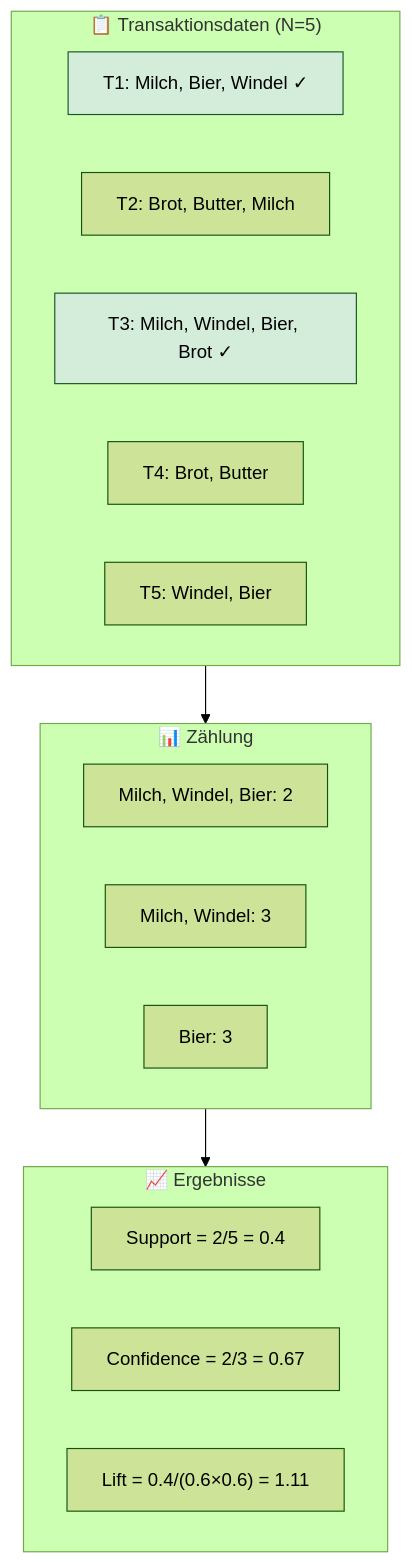
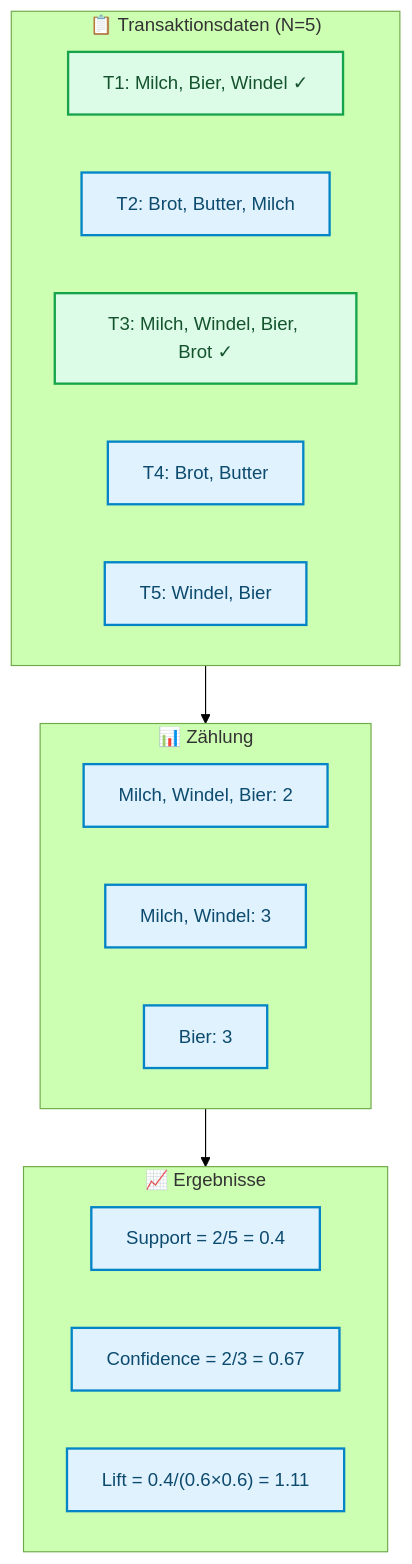
Before and after one commit to ralf-42/ML_Intro: the fourth of 5 diagrams in docs/concepts/modeling/apriori.md, drawn with Mermaid (forest theme). The commit also changed other lines of this file and 67 other files, not shown here.

````diff
--- a/docs/concepts/modeling/apriori.md
+++ b/docs/concepts/modeling/apriori.md
@@ -178,28 +184,29 @@
 ```mermaid
 flowchart TB
     subgraph Daten["📋 Transaktionsdaten (N=5)"]
         T1["T1: Milch, Bier, Windel ✓"]
         T2["T2: Brot, Butter, Milch"]
         T3["T3: Milch, Windel, Bier, Brot ✓"]
         T4["T4: Brot, Butter"]
         T5["T5: Windel, Bier"]
     end
     
     subgraph Counts["📊 Zählung"]
         C1["Milch, Windel, Bier: 2"]
         C2["Milch, Windel: 3"]
         C3["Bier: 3"]
     end
     
     subgraph Results["📈 Ergebnisse"]
         S["Support = 2/5 = 0.4"]
         Co["Confidence = 2/3 = 0.67"]
         L["Lift = 0.4/(0.6×0.6) = 1.11"]
     end
     
     Daten --> Counts
     Counts --> Results
-    
-    style T1 fill:#d4edda,stroke:#155724
-    style T3 fill:#d4edda,stroke:#155724
+
+    classDef default fill:#e0f2fe,stroke:#0284c7,stroke-width:2px,color:#0c4a6e;
+    classDef output fill:#dcfce7,stroke:#16a34a,stroke-width:2px,color:#14532d;
+    class T1,T3 output;
 ```
````
